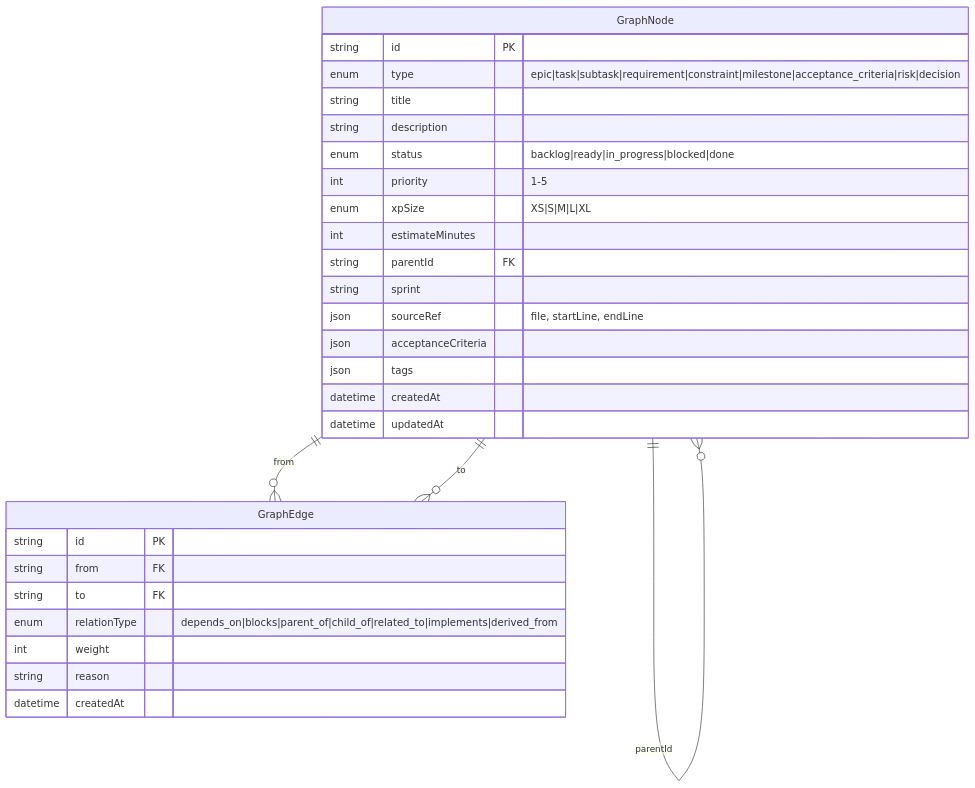
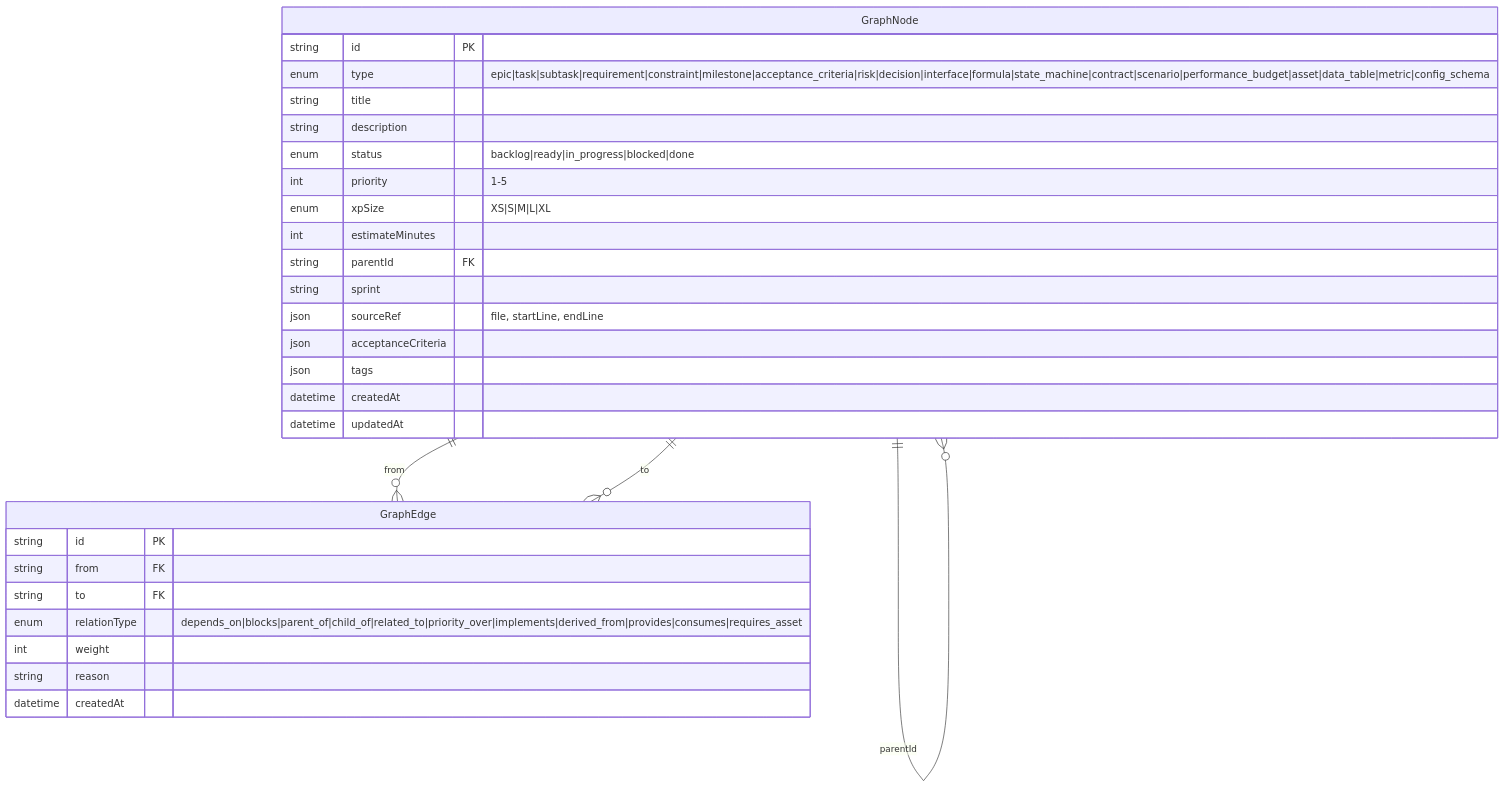
One commit to sraphaz/mcp-graph-workflow changed diagram 15 of 20 in docs/reference/LIFECYCLE.md. Above: the diagram before and after it, drawn with Mermaid. The commit also changed other lines of this file and 39 other files, not shown here.

First line of the commit message:
feat(v6.0): CFD flow tracking, DORA metrics, forecast tool — Sprint 2

````diff
--- a/docs/reference/LIFECYCLE.md
+++ b/docs/reference/LIFECYCLE.md
@@ -520,34 +592,34 @@
 ```mermaid
 erDiagram
     GraphNode {
         string id PK
-        enum type "epic|task|subtask|requirement|constraint|milestone|acceptance_criteria|risk|decision"
+        enum type "epic|task|subtask|requirement|constraint|milestone|acceptance_criteria|risk|decision|interface|formula|state_machine|contract|scenario|performance_budget|asset|data_table|metric|config_schema"
         string title
         string description
         enum status "backlog|ready|in_progress|blocked|done"
         int priority "1-5"
         enum xpSize "XS|S|M|L|XL"
         int estimateMinutes
         string parentId FK
         string sprint
         json sourceRef "file, startLine, endLine"
         json acceptanceCriteria
         json tags
         datetime createdAt
         datetime updatedAt
     }
 
     GraphEdge {
         string id PK
         string from FK
         string to FK
-        enum relationType "depends_on|blocks|parent_of|child_of|related_to|implements|derived_from"
+        enum relationType "depends_on|blocks|parent_of|child_of|related_to|priority_over|implements|derived_from|provides|consumes|requires_asset"
         int weight
         string reason
         datetime createdAt
     }
 
     GraphNode ||--o{ GraphEdge : "from"
     GraphNode ||--o{ GraphEdge : "to"
     GraphNode ||--o{ GraphNode : "parentId"
 ```
````
